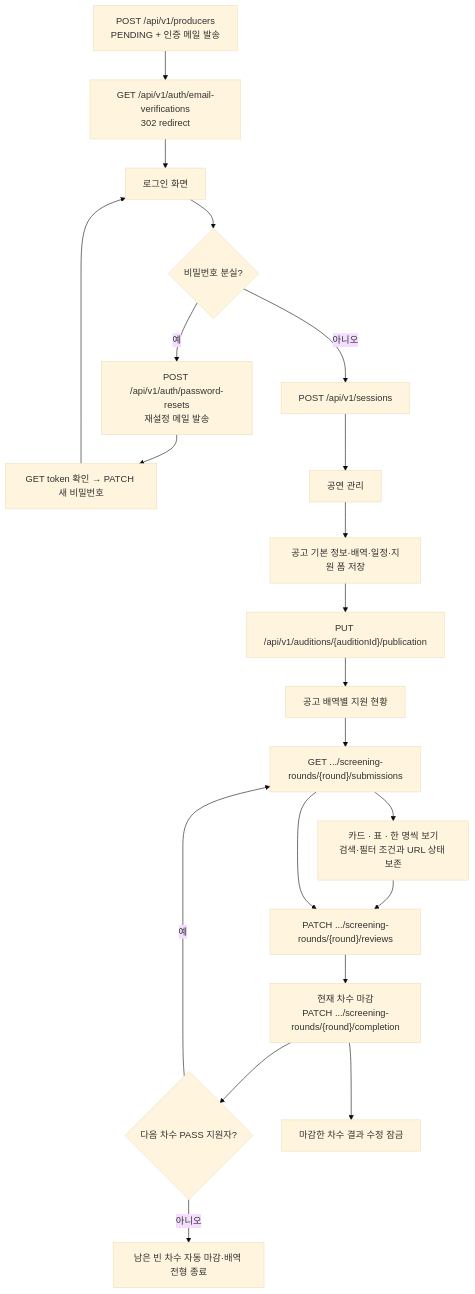
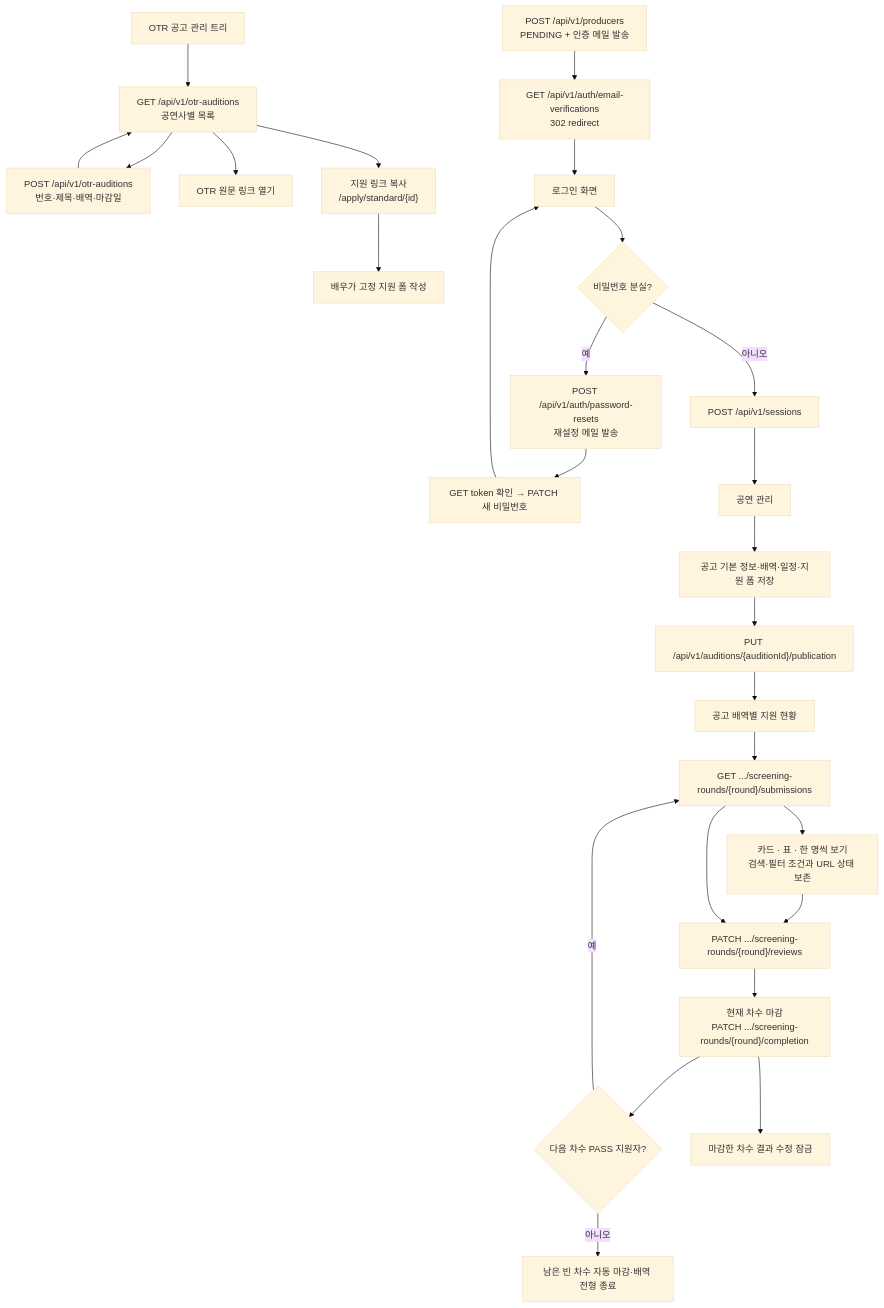
Before and after one commit to woowacourse-teams/2026-yesulin: the diagram in frontend/docs/user-flows/producer.mmd, drawn with Mermaid (base theme). The commit also changed 71 other files, not shown here.

```diff
--- a/frontend/docs/user-flows/producer.mmd
+++ b/frontend/docs/user-flows/producer.mmd
@@ -1,21 +1,27 @@
 flowchart TD
+    OTR_TREE["OTR 공고 관리 트리"] --> OTR_LIST["GET /api/v1/otr-auditions<br>공연사별 목록"]
+    OTR_LIST --> OTR_CREATE["POST /api/v1/otr-auditions<br>번호·제목·배역·마감일"]
+    OTR_CREATE --> OTR_LIST
+    OTR_LIST --> OTR_SOURCE["OTR 원문 링크 열기"]
+    OTR_LIST --> OTR_APPLY["지원 링크 복사<br>/apply/standard/{id}"]
+    OTR_APPLY --> OTR_FORM["배우가 고정 지원 폼 작성"]
     SIGNUP["POST /api/v1/producers<br>PENDING + 인증 메일 발송"] --> VERIFY["GET /api/v1/auth/email-verifications<br>302 redirect"]
     VERIFY --> LOGIN_FORM["로그인 화면"]
     LOGIN_FORM --> FORGOT{"비밀번호 분실?"}
     FORGOT -- 예 --> RESET_MAIL["POST /api/v1/auth/password-resets<br>재설정 메일 발송"]
     RESET_MAIL --> RESET["GET token 확인 → PATCH 새 비밀번호"]
     RESET --> LOGIN_FORM
     FORGOT -- 아니오 --> LOGIN["POST /api/v1/sessions"]
     LOGIN --> PERFORMANCE["공연 관리"]
     PERFORMANCE --> AUDITION["공고 기본 정보·배역·일정·지원 폼 저장"]
     AUDITION --> PUBLISH["PUT /api/v1/auditions/{auditionId}/publication"]
     PUBLISH --> ROLE["공고 배역별 지원 현황"]
     ROLE --> BOARD["GET .../screening-rounds/{round}/submissions"]
     BOARD --> FOCUS["카드 · 표 · 한 명씩 보기\n검색·필터 조건과 URL 상태 보존"]
     FOCUS --> REVIEW
     BOARD --> REVIEW["PATCH .../screening-rounds/{round}/reviews"]
     REVIEW --> COMPLETE["현재 차수 마감<br>PATCH .../screening-rounds/{round}/completion"]
     COMPLETE --> NEXT{"다음 차수 PASS 지원자?"}
     NEXT -- 예 --> BOARD
     NEXT -- 아니오 --> LOCKED["남은 빈 차수 자동 마감·배역 전형 종료"]
     COMPLETE --> CURRENT_LOCKED["마감한 차수 결과 수정 잠금"]
```
